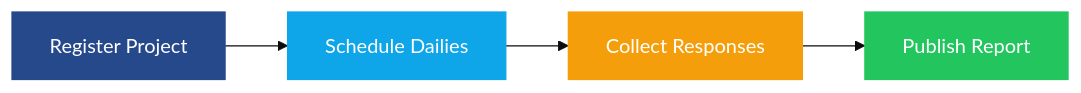
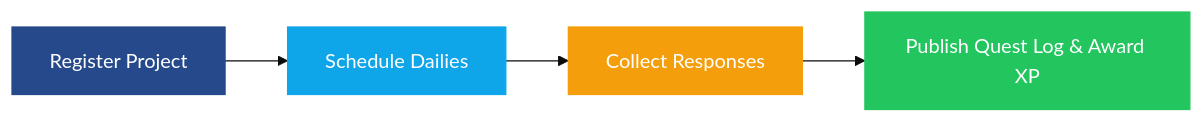
The first of 2 diagrams in README.md (EduLoboM/BOMB), drawn with Mermaid (base theme) before and after one commit. The commit also changed other lines of this file, not shown here.

Commit message:
Docs(README): Updates README with RPG gamification, new commands, and architecture diagrams

````diff
--- a/README.md
+++ b/README.md
@@ -44,11 +44,11 @@
 ```mermaid
 flowchart LR
     A["Register Project"] --> B["Schedule Dailies"]
     B --> C["Collect Responses"]
-    C --> D["Publish Report"]
+    C --> D["Publish Quest Log & Award XP"]
 
     style A fill:#25498a,stroke:#25498a,color:#fff
     style B fill:#0ea5e9,stroke:#0ea5e9,color:#fff
     style C fill:#f59e0b,stroke:#f59e0b,color:#fff
     style D fill:#22c55e,stroke:#22c55e,color:#fff
 ```
````
